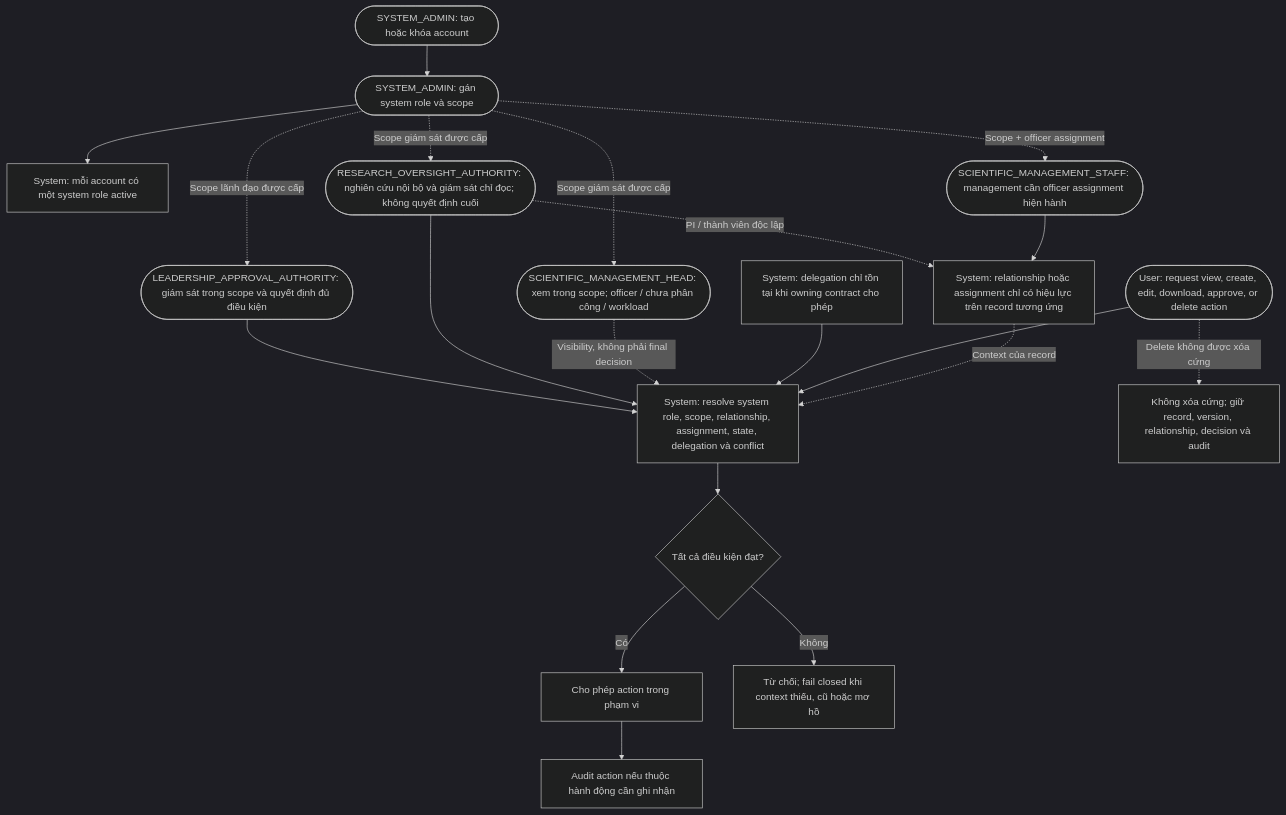
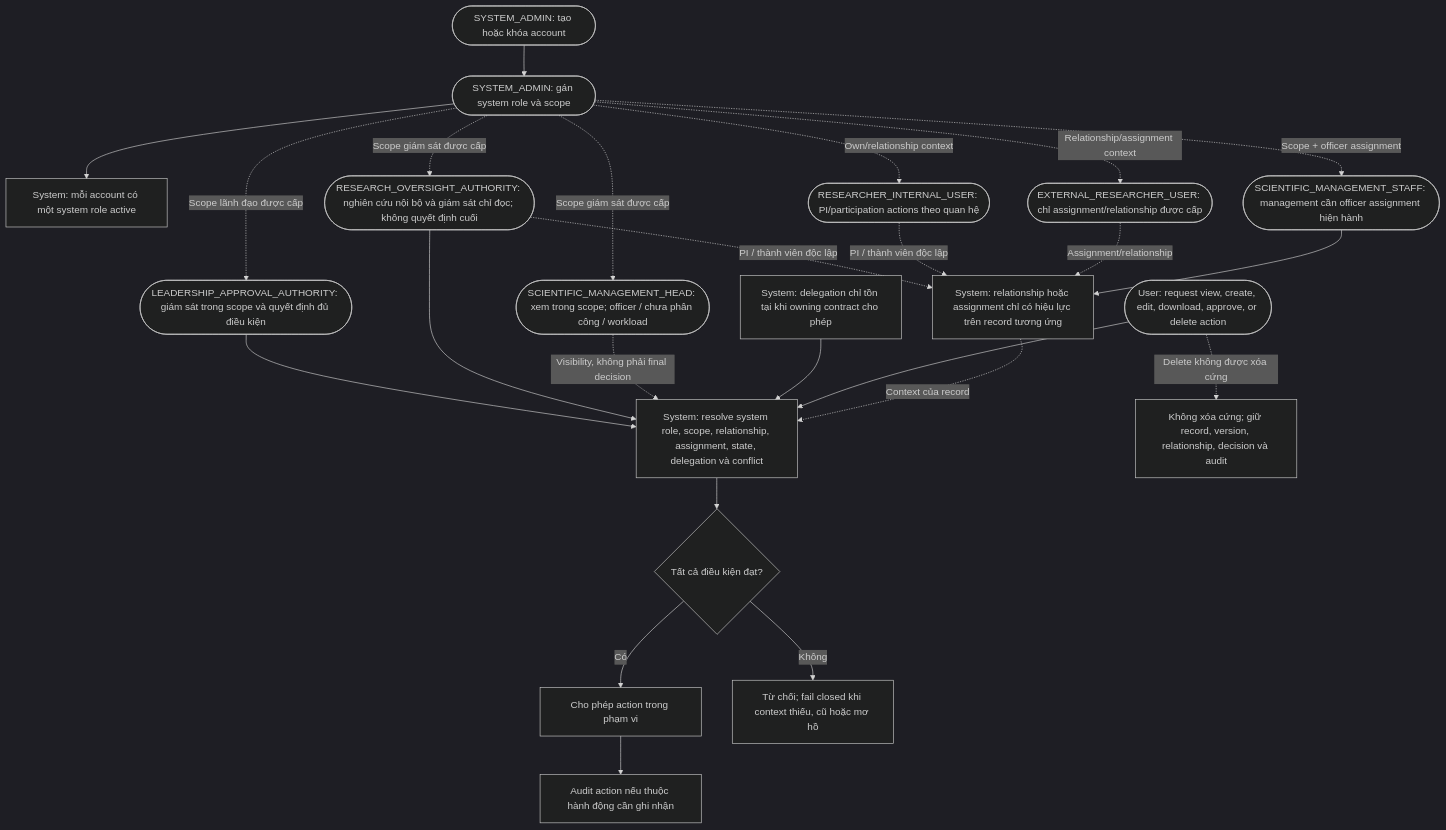
The diagram in docs/diagrams/authorization.md (thanhdotien278/DocManS), drawn with Mermaid (dark theme) before and after one commit. The commit also changed 38 other files, not shown here.

````diff
--- a/docs/diagrams/authorization.md
+++ b/docs/diagrams/authorization.md
@@ -3,36 +3,42 @@
 ```mermaid
 flowchart TD
   admin(["SYSTEM_ADMIN: tạo hoặc khóa account"])
   role(["SYSTEM_ADMIN: gán system role và scope"])
   account["System: mỗi account có một system role active"]
   head(["SCIENTIFIC_MANAGEMENT_HEAD: xem trong scope; officer / chưa phân công / workload"])
-  director(["LEADERSHIP_APPROVAL_AUTHORITY: giám sát trong scope và quyết định đủ điều kiện"])
-  deputy(["RESEARCH_OVERSIGHT_AUTHORITY: nghiên cứu nội bộ và giám sát chỉ đọc; không quyết định cuối"])
+  leader(["LEADERSHIP_APPROVAL_AUTHORITY: giám sát trong scope và quyết định đủ điều kiện"])
+  oversight(["RESEARCH_OVERSIGHT_AUTHORITY: nghiên cứu nội bộ và giám sát chỉ đọc; không quyết định cuối"])
   staff(["SCIENTIFIC_MANAGEMENT_STAFF: management cần officer assignment hiện hành"])
+  internal(["RESEARCHER_INTERNAL_USER: PI/participation actions theo quan hệ"])
+  external(["EXTERNAL_RESEARCHER_USER: chỉ assignment/relationship được cấp"])
   record["System: relationship hoặc assignment chỉ có hiệu lực trên record tương ứng"]
   delegation_rules["System: delegation chỉ tồn tại khi owning contract cho phép"]
   action(["User: request view, create, edit, download, approve, or delete action"])
   context["System: resolve system role, scope, relationship, assignment, state, delegation và conflict"]
   allowed{"Tất cả điều kiện đạt?"}
   permit["Cho phép action trong phạm vi"]
   deny["Từ chối; fail closed khi context thiếu, cũ hoặc mơ hồ"]
   no_hard_delete["Không xóa cứng; giữ record, version, relationship, decision và audit"]
   audit["Audit action nếu thuộc hành động cần ghi nhận"]
 
   admin --> role --> account
   role -. "Scope giám sát được cấp" .-> head
   role -. "Scope + officer assignment" .-> staff
-  role -. "Scope lãnh đạo được cấp" .-> director
-  role -. "Scope giám sát được cấp" .-> deputy
-  director --> context
-  deputy --> context
-  deputy -. "PI / thành viên độc lập" .-> record
+  role -. "Scope lãnh đạo được cấp" .-> leader
+  role -. "Scope giám sát được cấp" .-> oversight
+  role -. "Own/relationship context" .-> internal
+  role -. "Relationship/assignment context" .-> external
+  leader --> context
+  oversight --> context
+  oversight -. "PI / thành viên độc lập" .-> record
+  internal -. "PI / thành viên độc lập" .-> record
+  external -. "Assignment/relationship" .-> record
   staff --> record
   head -. "Visibility, không phải final decision" .-> context
   delegation_rules --> context
   action --> context --> allowed
   record -. "Context của record" .-> context
   allowed -- "Có" --> permit --> audit
   allowed -- "Không" --> deny
   action -. "Delete không được xóa cứng" .-> no_hard_delete
 ```
````
